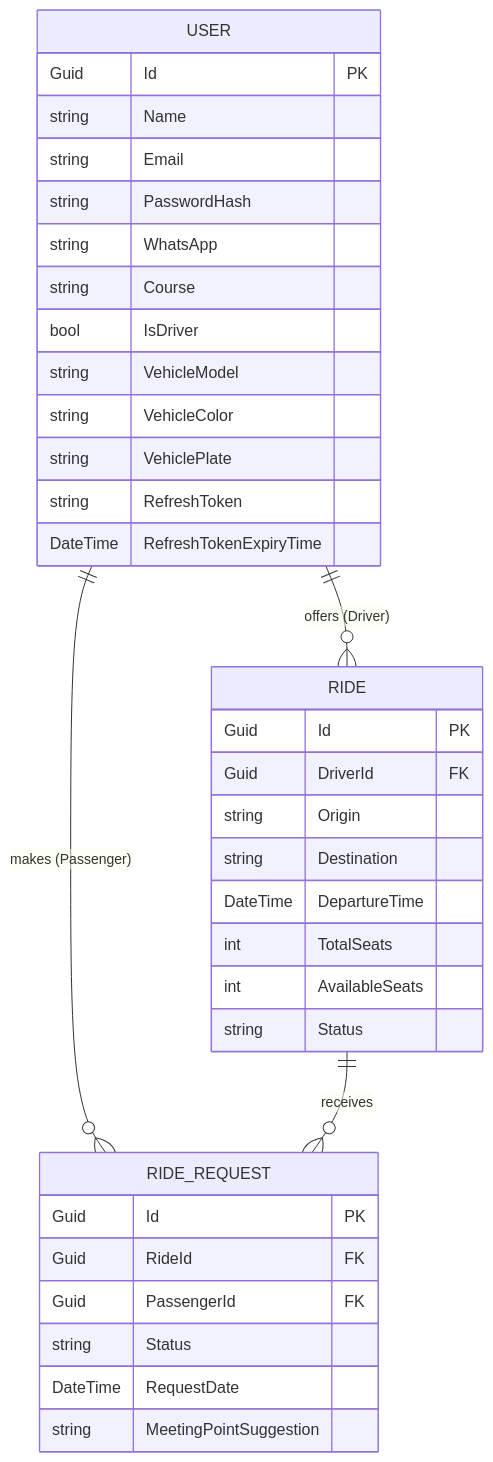
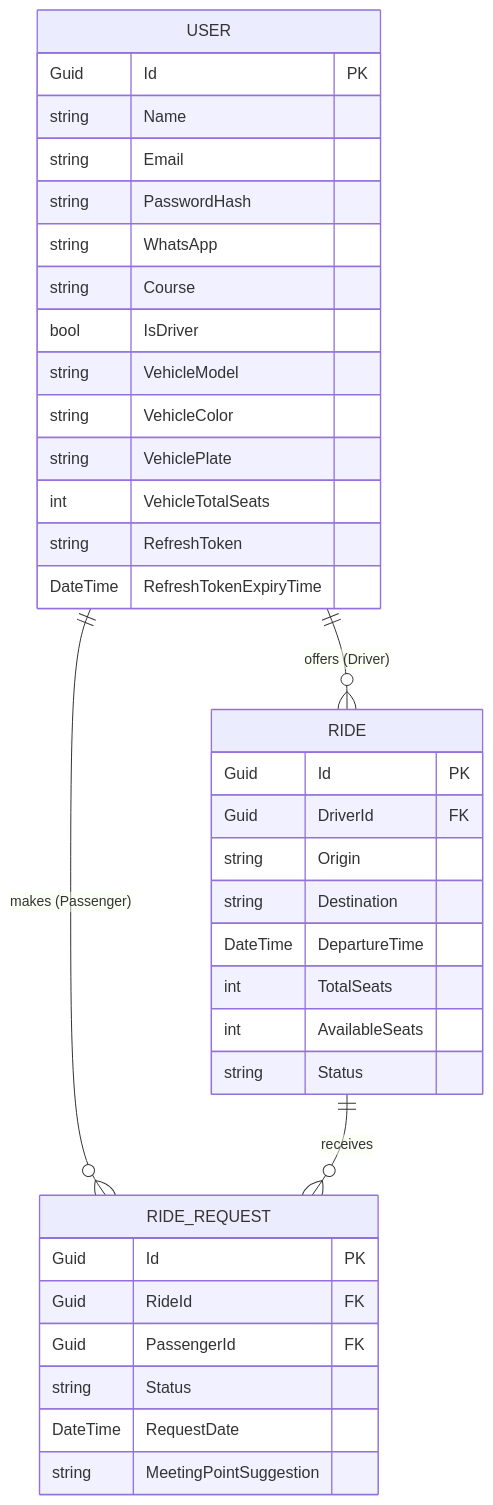
The first of 2 diagrams in README.md (kombinado/kombinado-api), drawn with Mermaid before and after one commit. The commit also changed other lines of this file, not shown here.

Commit message:
DOCS: Document profile update endpoint, vehicle total seats and GET /api/Auth/me

````diff
--- a/README.md
+++ b/README.md
@@ -59,41 +61,42 @@
 ```mermaid
 erDiagram
     USER ||--o{ RIDE : "offers (Driver)"
     USER ||--o{ RIDE_REQUEST : "makes (Passenger)"
     RIDE ||--o{ RIDE_REQUEST : "receives"
 
     USER {
         Guid Id PK
         string Name
         string Email
         string PasswordHash
         string WhatsApp
         string Course
         bool IsDriver
         string VehicleModel
         string VehicleColor
         string VehiclePlate
+        int VehicleTotalSeats
         string RefreshToken
         DateTime RefreshTokenExpiryTime
     }
 
     RIDE {
         Guid Id PK
         Guid DriverId FK
         string Origin
         string Destination
         DateTime DepartureTime
         int TotalSeats
         int AvailableSeats
         string Status
     }
 
     RIDE_REQUEST {
         Guid Id PK
         Guid RideId FK
         Guid PassengerId FK
         string Status
         DateTime RequestDate
         string MeetingPointSuggestion
     }
 ```
````
